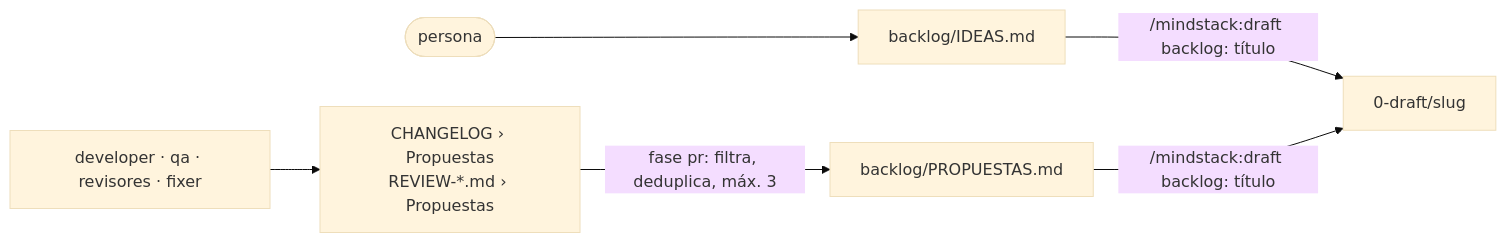
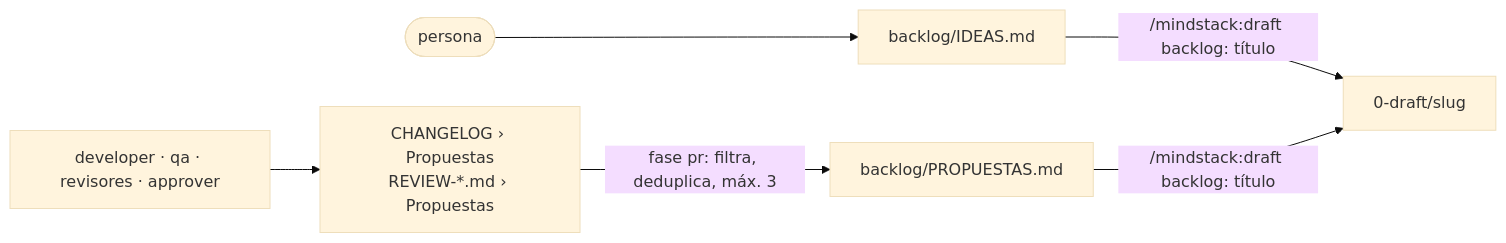
Before and after one commit to octavio-parozlabs/mindstack: the first of 3 diagrams in skills/workflow/SKILL.md, drawn with Mermaid (base theme). The commit also changed other lines of this file and 52 other files, not shown here.

````diff
--- a/skills/workflow/SKILL.md
+++ b/skills/workflow/SKILL.md
@@ -75,7 +75,7 @@
 ```mermaid
 flowchart LR
     P([persona]) --> I[backlog/IDEAS.md]
-    A[developer · qa · revisores · fixer] --> C["CHANGELOG › Propuestas<br/>REVIEW-*.md › Propuestas"]
+    A[developer · qa · revisores · approver] --> C["CHANGELOG › Propuestas<br/>REVIEW-*.md › Propuestas"]
     C -->|fase pr: filtra, deduplica, máx. 3| PR[backlog/PROPUESTAS.md]
     I & PR -->|"/mindstack:draft backlog: título"| D[0-draft/slug]
 ```
````
